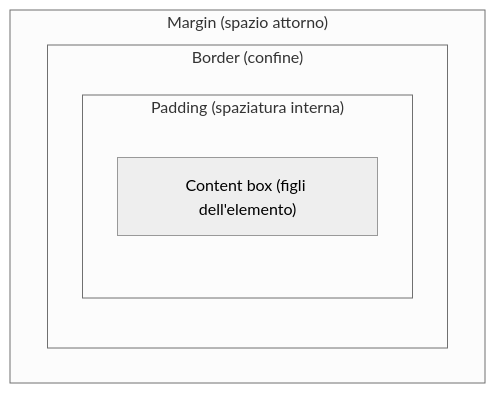
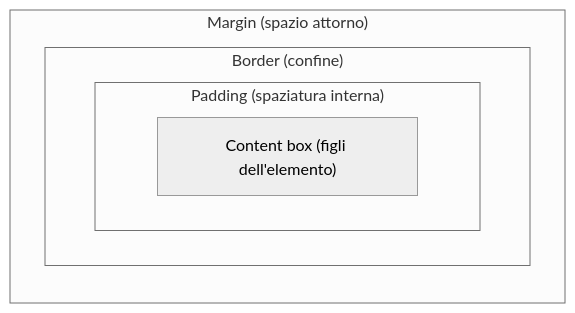
One commit to Fede-7/Notes changed the first of 5 diagrams in 00 - Obsidian Notes/3° Anno/1° Semestre/TecWeb/Essenziale/Lezione 6.md. Above: the diagram before and after it, drawn with Mermaid (neutral theme). The commit also changed 2 other files, not shown here.

Commit message:
Commit from PC on 07/10/2026, 11:49:36

````diff
--- a/00 - Obsidian Notes/3° Anno/1° Semestre/TecWeb/Essenziale/Lezione 6.md
+++ b/00 - Obsidian Notes/3° Anno/1° Semestre/TecWeb/Essenziale/Lezione 6.md
@@ -65,10 +65,10 @@
 ```mermaid
-flowchart TD
+flowchart LR
     subgraph margin["Margin (spazio attorno)"]
         subgraph border["Border (confine)"]
             subgraph padding["Padding (spaziatura interna)"]
                 content["Content box (figli dell'elemento)"]
             end
         end
     end
 ```
````
